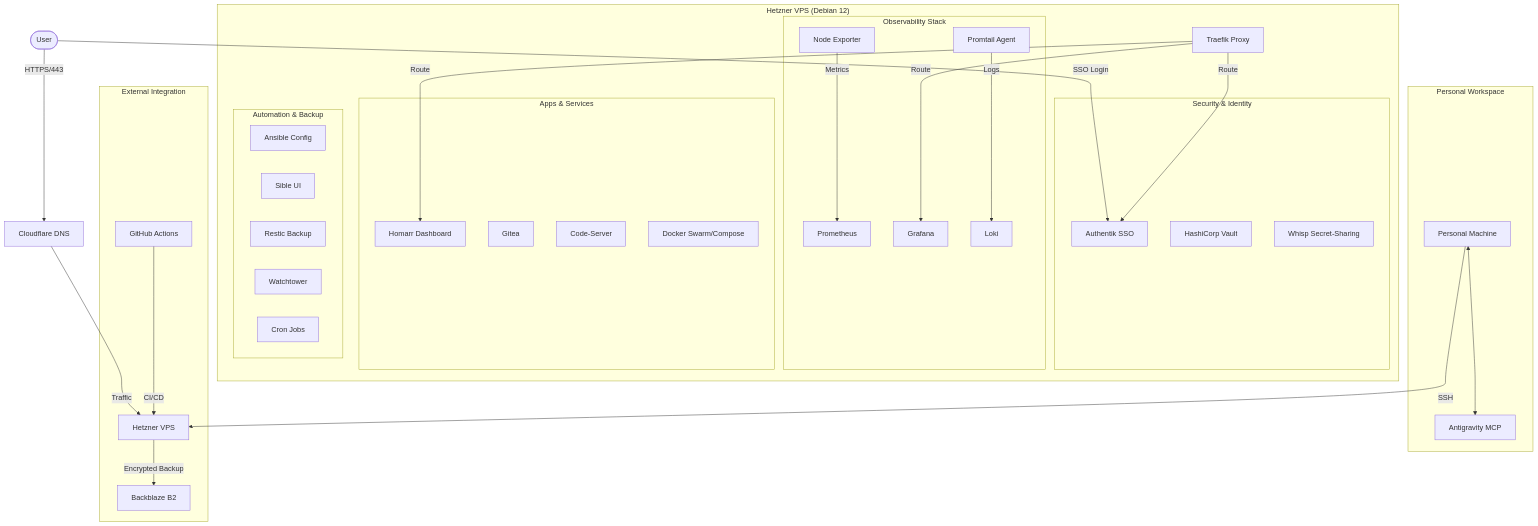
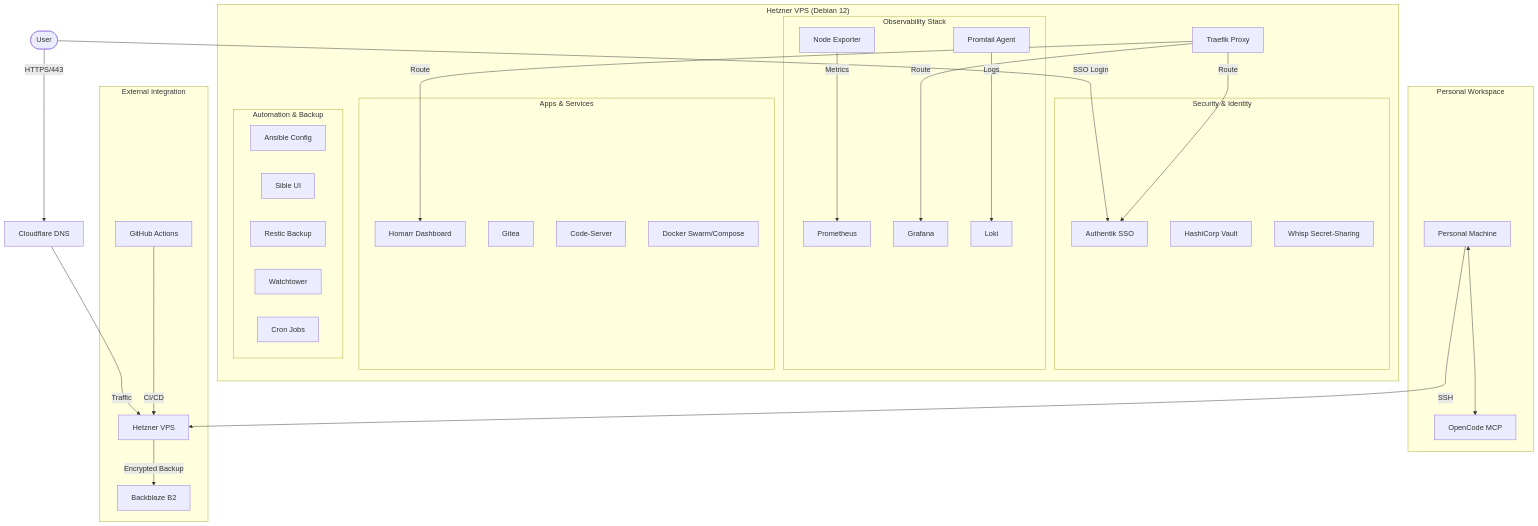
One commit to adam-benyekkou/my_homelab changed the diagram in README.md. Above: the diagram before and after it, drawn with Mermaid. The commit also changed 1 other file, not shown here.

Commit message:
chore: enhance security pipeline and update documentation

````diff
--- a/README.md
+++ b/README.md
@@ -7,59 +7,59 @@
 ```mermaid
 graph TD
     subgraph "Personal Workspace"
         Personal[Personal Machine]
-        Antigravity[Antigravity MCP]
-        Personal <--> Antigravity
+        OpenCode[OpenCode MCP]
+        Personal <--> OpenCode
     end
 
     User([User]) -->|HTTPS/443| CF[Cloudflare DNS]
     CF -->|Traffic| VPS[Hetzner VPS]
     Personal -->|SSH| VPS
     
     subgraph "Hetzner VPS (Debian 12)"
         ReverseProxy[Traefik Proxy]
         
         subgraph "Security & Identity"
             Authentik[Authentik SSO]
             Vault[HashiCorp Vault]
             Whisp[Whisp Secret-Sharing]
         end
         
         subgraph "Observability Stack"
             Prometheus[Prometheus]
             Grafana[Grafana]
             Loki[Loki]
             Promtail[Promtail Agent]
             NodeExp[Node Exporter]
         end
         
         subgraph "Apps & Services"
             Homarr[Homarr Dashboard]
             Gitea[Gitea]
             CodeServer[Code-Server]
             Docker[Docker Swarm/Compose]
         end
 
         subgraph "Automation & Backup"
             Ansible[Ansible Config]
             Sible[Sible UI]
             Restic[Restic Backup]
             Watchtower[Watchtower]
             Cron[Cron Jobs]
         end
 
     end
     
     subgraph "External Integration"
         GitHub[GitHub Actions] -->|CI/CD| VPS
         VPS -->|Encrypted Backup| B2[Backblaze B2]
     end
 
 
     User -->|SSO Login| Authentik
     ReverseProxy -->|Route| Authentik
     ReverseProxy -->|Route| Homarr
     ReverseProxy -->|Route| Grafana
     Promtail -->|Logs| Loki
     NodeExp -->|Metrics| Prometheus
 ```
````
